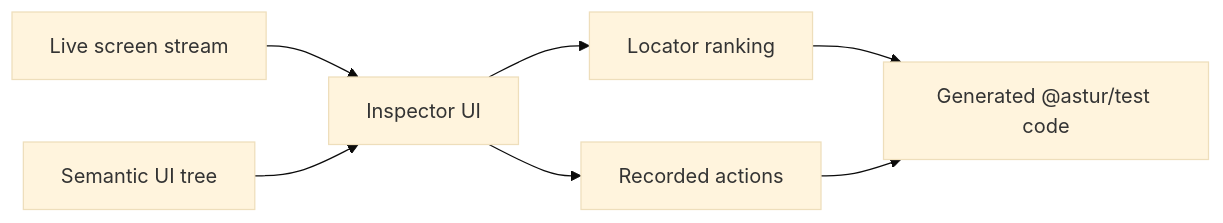
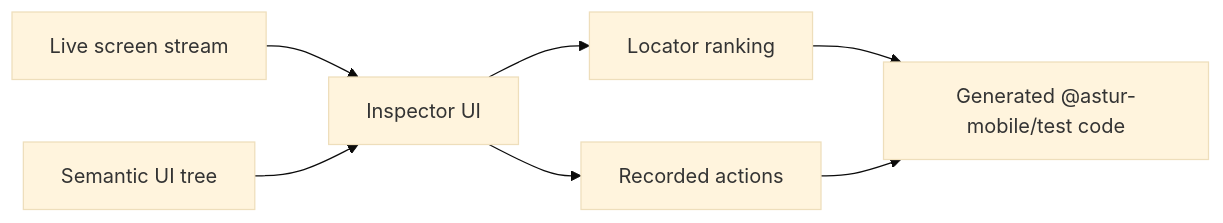
The fourth of 4 diagrams in docs/architecture.md (Astur-mobile/Astur), drawn with Mermaid (base theme) before and after one commit. The commit also changed other lines of this file and 67 other files, not shown here.

First line of the commit message:
release: rename npm scope @astur -> @astur-mobile

````diff
--- a/docs/architecture.md
+++ b/docs/architecture.md
@@ -68,9 +68,9 @@
 ```mermaid
 flowchart LR
   Screen["Live screen stream"] --> Inspector["Inspector UI"]
   Tree["Semantic UI tree"] --> Inspector
   Inspector --> Ranking["Locator ranking"]
   Inspector --> Recording["Recorded actions"]
-  Ranking --> Code["Generated @astur/test code"]
+  Ranking --> Code["Generated @astur-mobile/test code"]
   Recording --> Code
 ```
````
